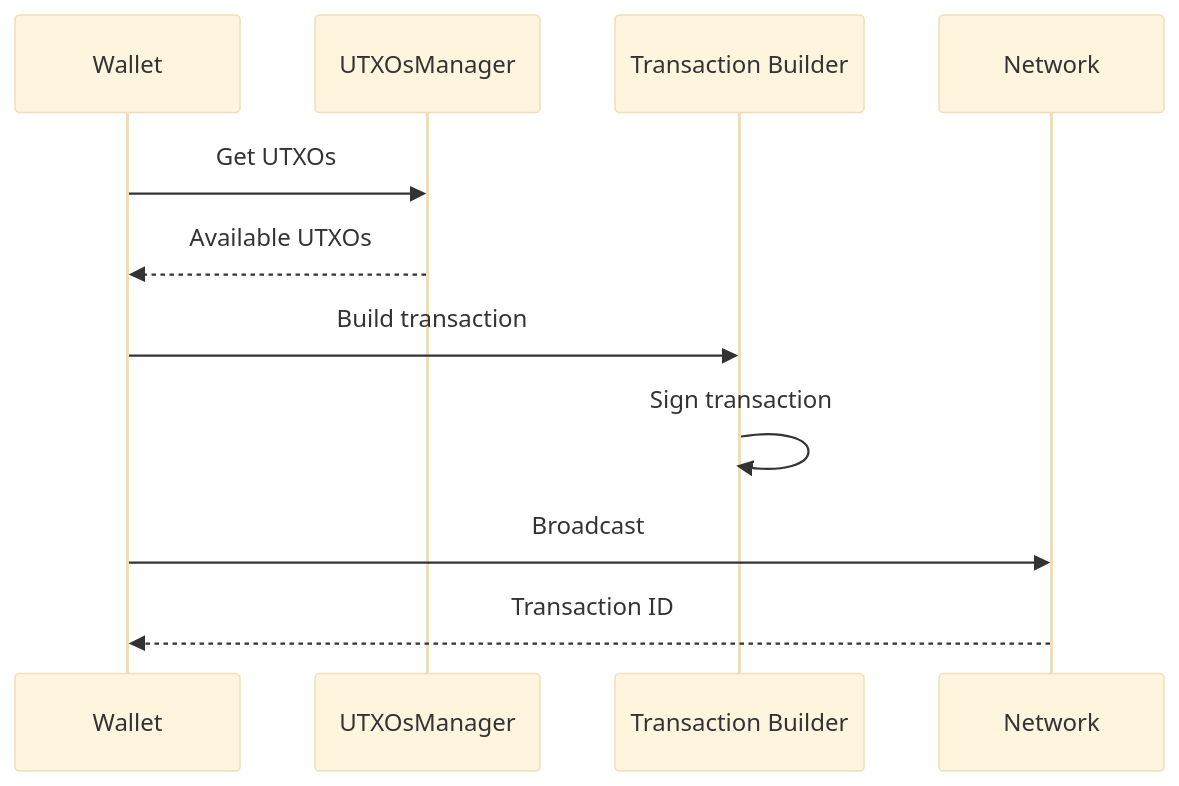
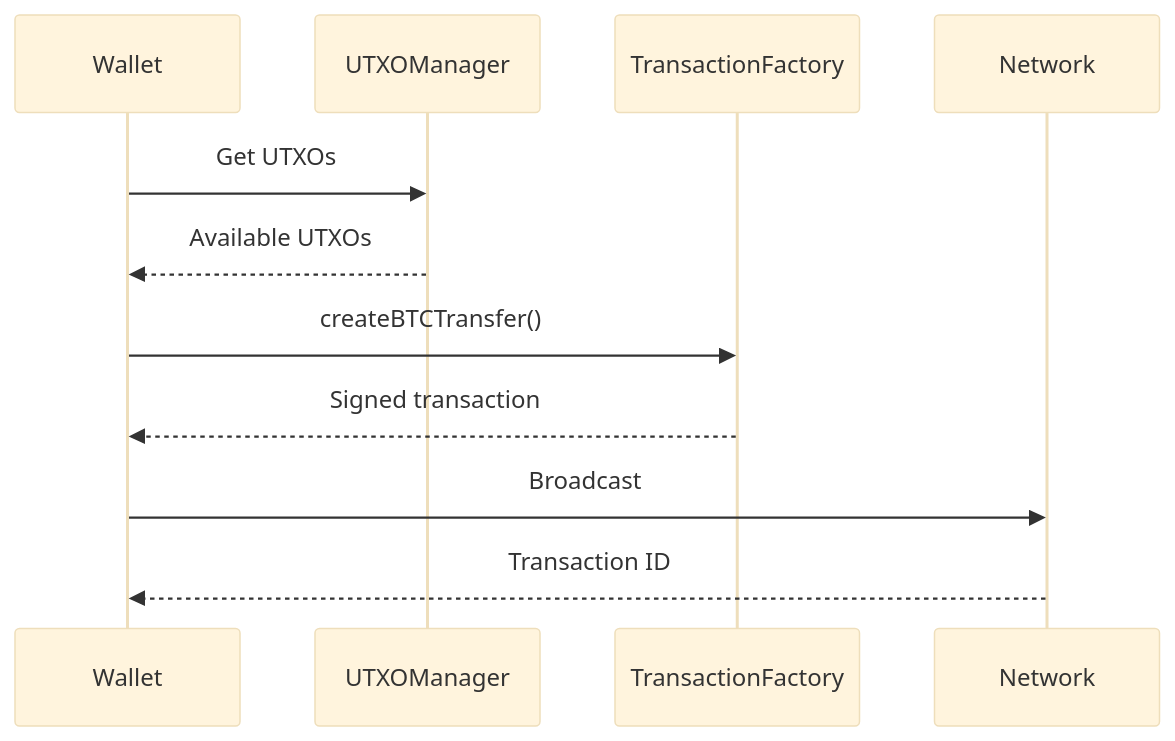
Before and after one commit to btc-vision/opnet: the diagram in docs/bitcoin/sending-bitcoin.md, drawn with Mermaid (base theme). The commit also changed other lines of this file and 32 other files, not shown here.

````diff
--- a/docs/bitcoin/sending-bitcoin.md
+++ b/docs/bitcoin/sending-bitcoin.md
@@ -9,14 +25,14 @@
 ```mermaid
 sequenceDiagram
     participant W as Wallet
-    participant U as UTXOsManager
-    participant T as Transaction Builder
+    participant U as UTXOManager
+    participant F as TransactionFactory
     participant N as Network
 
     W->>U: Get UTXOs
     U-->>W: Available UTXOs
-    W->>T: Build transaction
-    T->>T: Sign transaction
+    W->>F: createBTCTransfer()
+    F-->>W: Signed transaction
     W->>N: Broadcast
     N-->>W: Transaction ID
 ```
````
